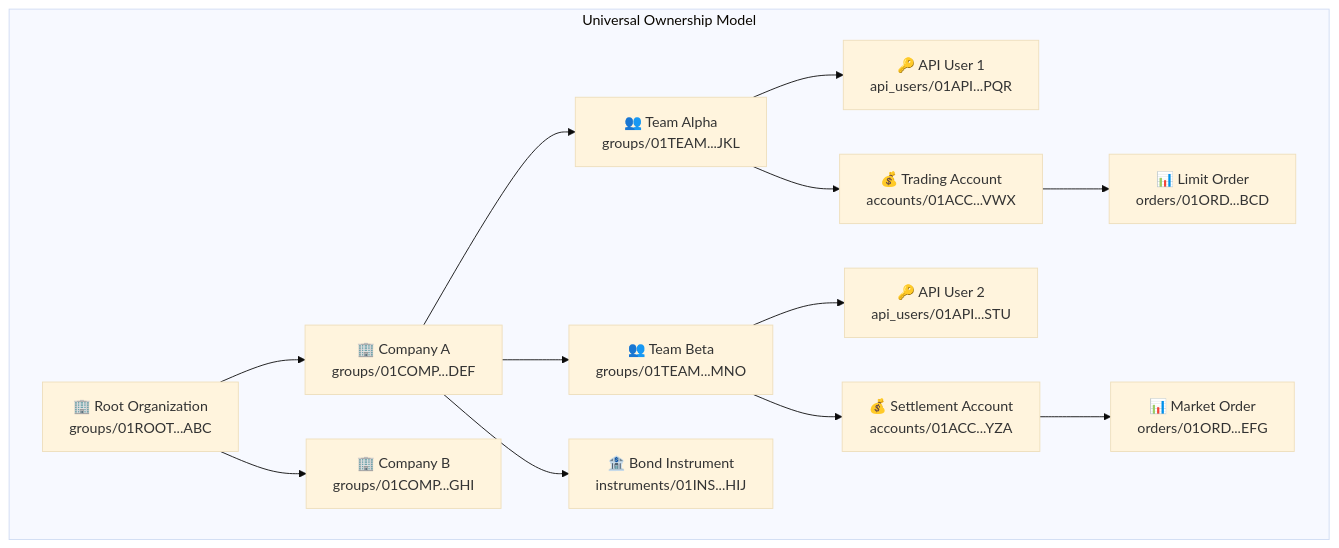
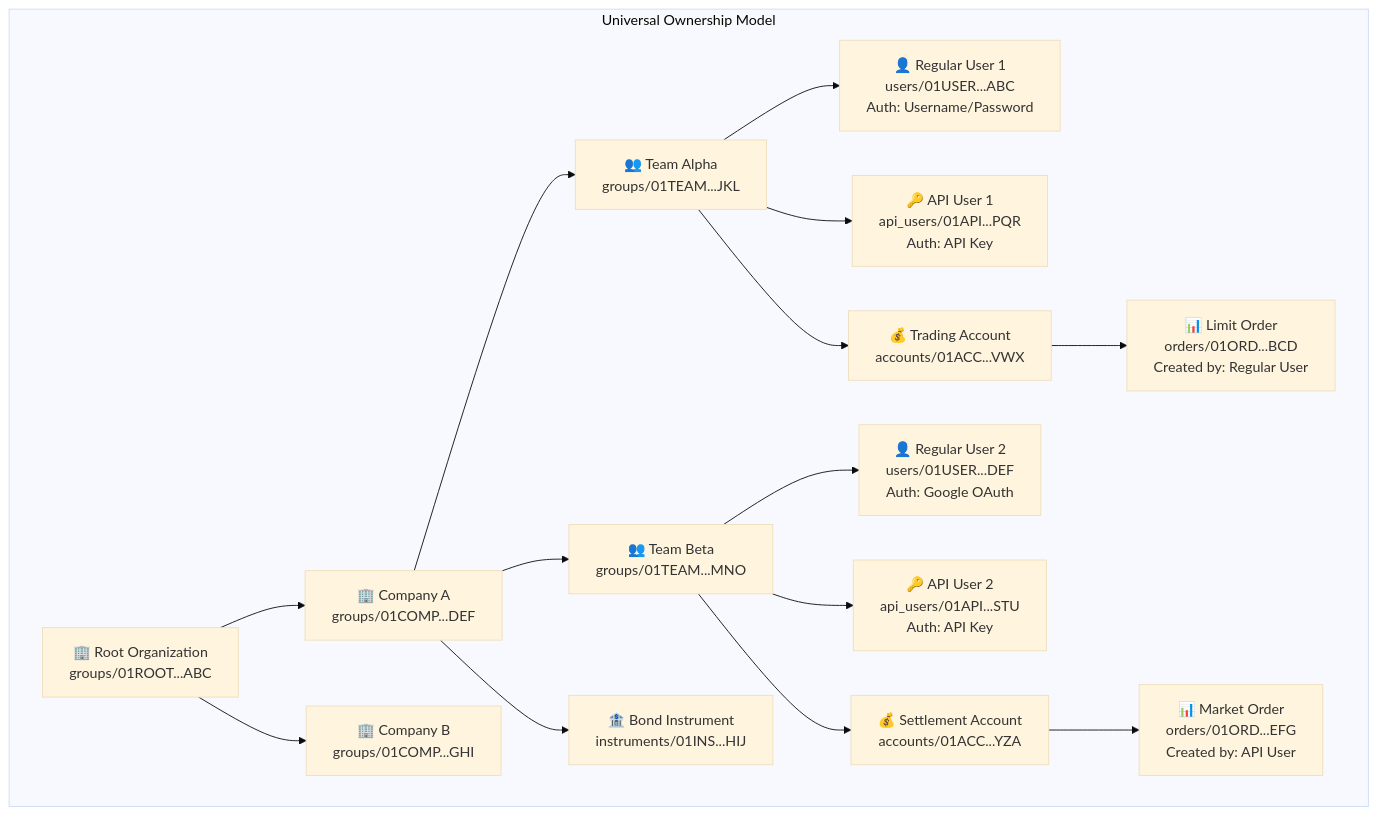
Before and after one commit to meshtrade/api: the second of 8 diagrams in docs/docs/architecture/group-ownership.mdx, drawn with Mermaid (base theme). The commit also changed other lines of this file and 1 other file, not shown here.

````diff
--- a/docs/docs/architecture/group-ownership.mdx
+++ b/docs/docs/architecture/group-ownership.mdx
@@ -58,40 +89,45 @@
 ```mermaid
 graph TD
     subgraph "Universal Ownership Model"
         Root["🏢 Root Organization<br/>groups/01ROOT...ABC"]
         
         CompanyA["🏢 Company A<br/>groups/01COMP...DEF"]
         CompanyB["🏢 Company B<br/>groups/01COMP...GHI"]
         
         TeamAlpha["👥 Team Alpha<br/>groups/01TEAM...JKL"]
         TeamBeta["👥 Team Beta<br/>groups/01TEAM...MNO"]
         
-        ApiUser1["🔑 API User 1<br/>api_users/01API...PQR"]
-        ApiUser2["🔑 API User 2<br/>api_users/01API...STU"]
+        RegUser1["👤 Regular User 1<br/>users/01USER...ABC<br/>Auth: Username/Password"]
+        ApiUser1["🔑 API User 1<br/>api_users/01API...PQR<br/>Auth: API Key"]
+        
+        RegUser2["👤 Regular User 2<br/>users/01USER...DEF<br/>Auth: Google OAuth"]
+        ApiUser2["🔑 API User 2<br/>api_users/01API...STU<br/>Auth: API Key"]
         
         Account1["💰 Trading Account<br/>accounts/01ACC...VWX"]
         Account2["💰 Settlement Account<br/>accounts/01ACC...YZA"]
         
-        Order1["📊 Limit Order<br/>orders/01ORD...BCD"]
-        Order2["📊 Market Order<br/>orders/01ORD...EFG"]
+        Order1["📊 Limit Order<br/>orders/01ORD...BCD<br/>Created by: Regular User"]
+        Order2["📊 Market Order<br/>orders/01ORD...EFG<br/>Created by: API User"]
         
         Instrument1["🏦 Bond Instrument<br/>instruments/01INS...HIJ"]
         
         Root --> CompanyA
         Root --> CompanyB
         
         CompanyA --> TeamAlpha
         CompanyA --> TeamBeta
         
+        TeamAlpha --> RegUser1
         TeamAlpha --> ApiUser1
+        TeamBeta --> RegUser2
         TeamBeta --> ApiUser2
         
         TeamAlpha --> Account1
         TeamBeta --> Account2
         
         Account1 --> Order1
         Account2 --> Order2
         
         CompanyA --> Instrument1
     end
 ```
````
